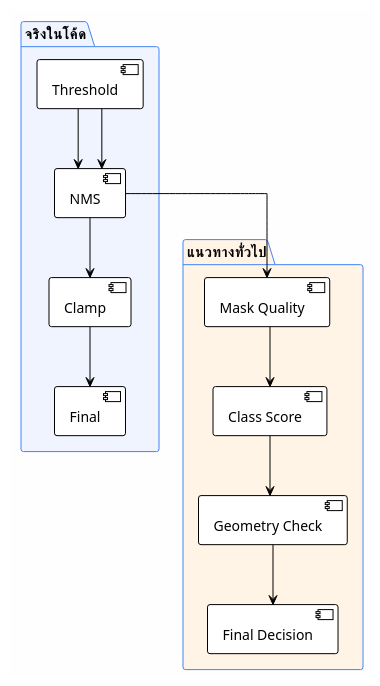
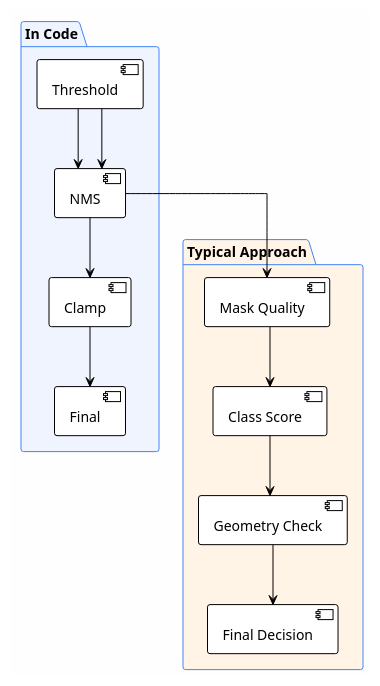
One commit to Telotubbies/auto_label changed the first of 2 diagrams in docs/pipeline/quality-control.md. Above: the diagram before and after it, drawn with PlantUML. The commit also changed other lines of this file and 585 other files, not shown here.

````diff
--- a/docs/pipeline/quality-control.md
+++ b/docs/pipeline/quality-control.md
@@ -18,25 +18,25 @@
 ```plantuml {align="center"}
 @startuml
 !theme plain
 skinparam linetype ortho
 skinparam backgroundColor #FEFEFE
 skinparam package {
   BorderColor #4285F4
   BackgroundColor #F0F4FF
 }
 
-package "จริงในโค้ด" {
+package "In Code" {
   [Threshold] --> [NMS]
   [NMS] --> [Clamp]
   [Clamp] --> [Final]
 }
 
-package "แนวทางทั่วไป" #FFF4E5 {
+package "Typical Approach" #FFF4E5 {
   [Threshold] --> [NMS]
   [NMS] --> [Mask Quality]
   [Mask Quality] --> [Class Score]
   [Class Score] --> [Geometry Check]
   [Geometry Check] --> [Final Decision]
 }
 @enduml
 ```
````
